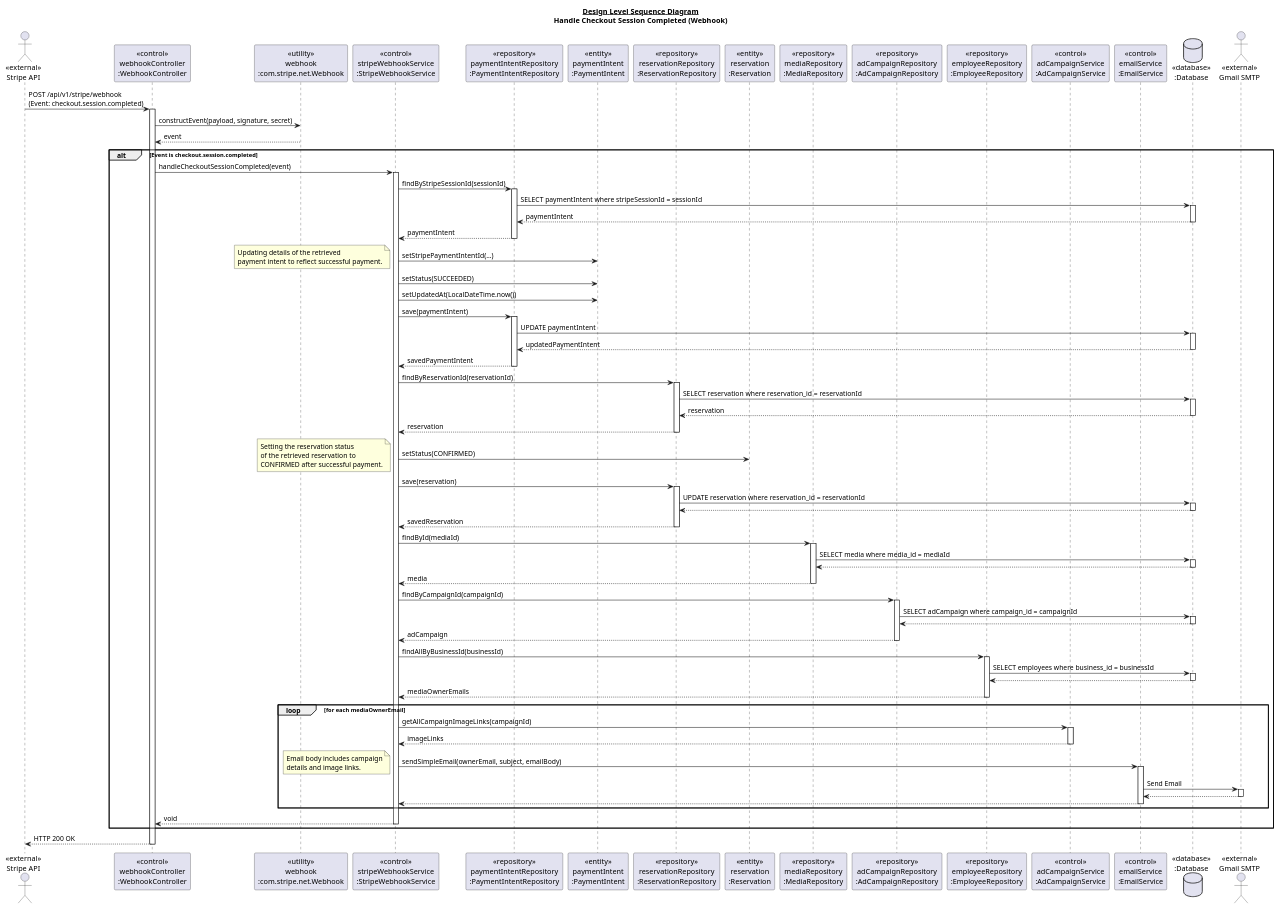
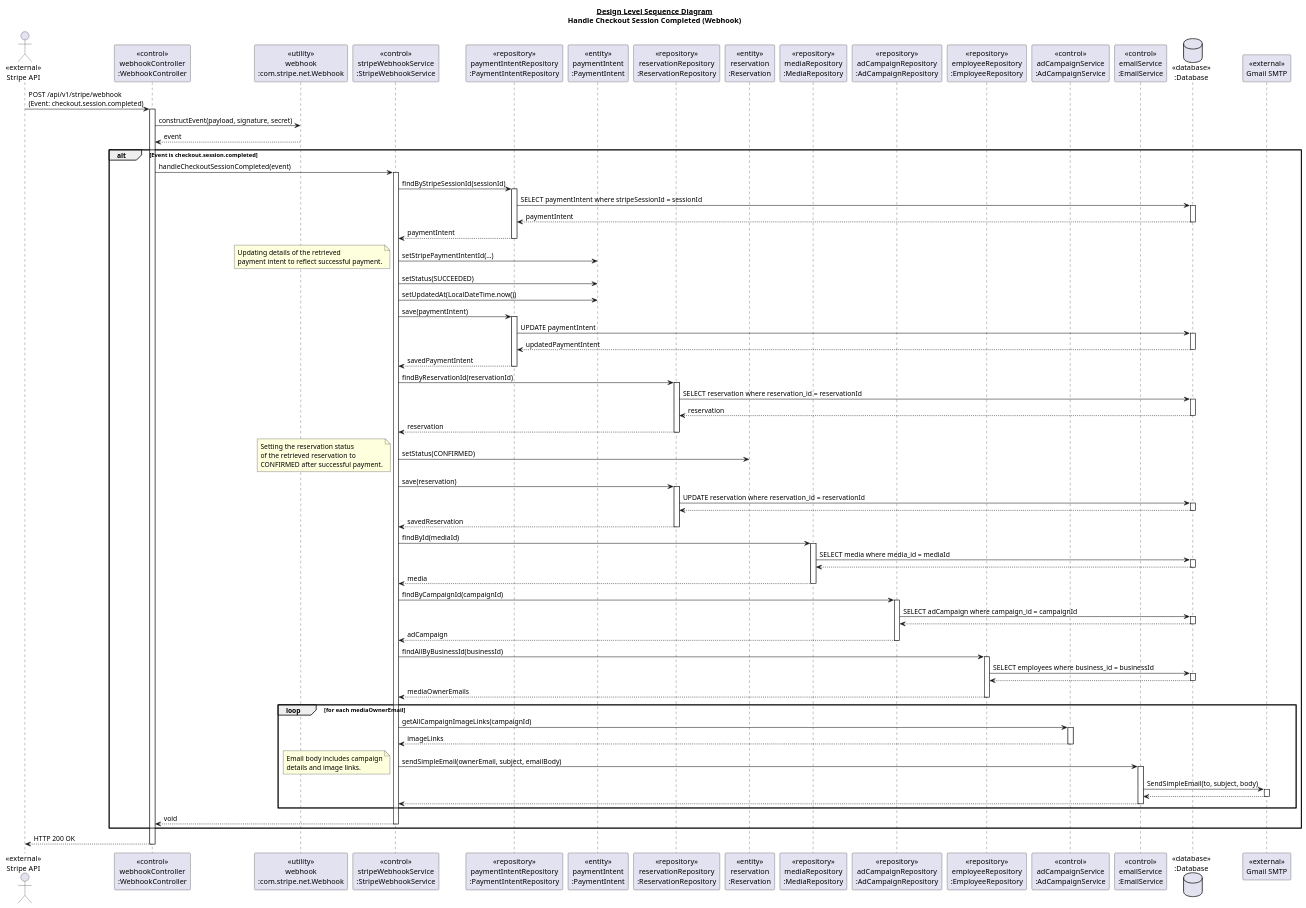
The diagram in docs/diagrams/sequence diagrams/design-level/publish-ad-campaign-DLSD-webhook.puml (anvsult/envision-ad), drawn with PlantUML before and after one commit. The commit also changed 6 other files, not shown here.

```diff
--- a/docs/diagrams/sequence diagrams/design-level/publish-ad-campaign-DLSD-webhook.puml
+++ b/docs/diagrams/sequence diagrams/design-level/publish-ad-campaign-DLSD-webhook.puml
@@ -1,160 +1,160 @@
 @startuml
 
 title <u>Design Level Sequence Diagram</u>\nHandle Checkout Session Completed (Webhook)
 
 actor "<<external>>\nStripe API" as StripeAPI
 
 participant "<<control>>\nwebhookController\n:WebhookController" as Controller
 participant "<<utility>>\nwebhook\n:com.stripe.net.Webhook" as StripeUtil
 participant "<<control>>\nstripeWebhookService\n:StripeWebhookService" as Service
 
 participant "<<repository>>\npaymentIntentRepository\n:PaymentIntentRepository" as PaymentRepo
 participant "<<entity>>\npaymentIntent\n:PaymentIntent" as Payment
 
 participant "<<repository>>\nreservationRepository\n:ReservationRepository" as ReservationRepo
 participant "<<entity>>\nreservation\n:Reservation" as Reservation
 
 participant "<<repository>>\nmediaRepository\n:MediaRepository" as MediaRepo
 participant "<<repository>>\nadCampaignRepository\n:AdCampaignRepository" as CampaignRepo
 participant "<<repository>>\nemployeeRepository\n:EmployeeRepository" as EmployeeRepo
 
 participant "<<control>>\nadCampaignService\n:AdCampaignService" as CampaignService
 participant "<<control>>\nemailService\n:EmailService" as EmailService
 
 database "<<database>>\n:Database" as DB
-actor "<<external>>\nGmail SMTP" as GmailAPI
+participant "<<external>>\nGmail SMTP" as GmailAPI
 
 
 StripeAPI -> Controller: POST /api/v1/stripe/webhook\n(Event: checkout.session.completed)
 activate Controller
 
 Controller -> StripeUtil: constructEvent(payload, signature, secret)
 StripeUtil --> Controller: event
 
 alt Event is checkout.session.completed
 
     Controller -> Service: handleCheckoutSessionCompleted(event)
     activate Service
 
     Service -> PaymentRepo: findByStripeSessionId(sessionId)
     activate PaymentRepo
     PaymentRepo -> DB: SELECT paymentIntent where stripeSessionId = sessionId
     activate DB
     DB --> PaymentRepo: paymentIntent
     deactivate DB
     PaymentRepo --> Service: paymentIntent
     deactivate PaymentRepo
 
     Service -> Payment: setStripePaymentIntentId(...)
     note left
         Updating details of the retrieved
         payment intent to reflect successful payment.
     end note
     Service -> Payment: setStatus(SUCCEEDED)
     Service -> Payment: setUpdatedAt(LocalDateTime.now())
 
 
     Service -> PaymentRepo: save(paymentIntent)
     activate PaymentRepo
     PaymentRepo -> DB: UPDATE paymentIntent
     activate DB
     DB --> PaymentRepo: updatedPaymentIntent
     deactivate DB
     PaymentRepo --> Service: savedPaymentIntent
     deactivate PaymentRepo
 
 '    Service -> Service: updateReservationStatus(reservationId, ReservationStatus.CONFIRMED)
 '    activate Service
 '    note left of Service #aqua
 '      The following sequence details the logic
 '      inside the 'updateReservationStatus' method.
 '    end note
 
 
 
 
     Service -> ReservationRepo: findByReservationId(reservationId)
     activate ReservationRepo
     ReservationRepo -> DB: SELECT reservation where reservation_id = reservationId
     activate DB
     DB --> ReservationRepo: reservation
     deactivate DB
     ReservationRepo --> Service: reservation
     deactivate ReservationRepo
 
     Service -> Reservation: setStatus(CONFIRMED)
 
     note left
       Setting the reservation status
       of the retrieved reservation to
       CONFIRMED after successful payment.
     end note
 
     Service -> ReservationRepo: save(reservation)
     activate ReservationRepo
     ReservationRepo -> DB: UPDATE reservation where reservation_id = reservationId
     activate DB
     DB --> ReservationRepo
     deactivate DB
     ReservationRepo --> Service: savedReservation
     deactivate ReservationRepo
 
     Service -> MediaRepo: findById(mediaId)
     activate MediaRepo
     MediaRepo -> DB: SELECT media where media_id = mediaId
     activate DB
     DB --> MediaRepo
     deactivate DB
     MediaRepo --> Service: media
     deactivate MediaRepo
 
     Service -> CampaignRepo: findByCampaignId(campaignId)
     activate CampaignRepo
     CampaignRepo -> DB: SELECT adCampaign where campaign_id = campaignId
     activate DB
     DB --> CampaignRepo
     deactivate DB
     CampaignRepo --> Service: adCampaign
     deactivate CampaignRepo
 
     Service -> EmployeeRepo: findAllByBusinessId(businessId)
     activate EmployeeRepo
     EmployeeRepo -> DB: SELECT employees where business_id = businessId
     activate DB
     DB --> EmployeeRepo
     deactivate DB
     EmployeeRepo --> Service: mediaOwnerEmails
     deactivate EmployeeRepo
 
     loop for each mediaOwnerEmail
 
         Service -> CampaignService: getAllCampaignImageLinks(campaignId)
         activate CampaignService
         CampaignService --> Service: imageLinks
         deactivate CampaignService
 
         Service -> EmailService: sendSimpleEmail(ownerEmail, subject, emailBody)
         note left
             Email body includes campaign
             details and image links.
         end note
         activate EmailService
-        EmailService -> GmailAPI: Send Email
+        EmailService -> GmailAPI: SendSimpleEmail(to, subject, body)
         activate GmailAPI
         GmailAPI --> EmailService
         deactivate GmailAPI
         EmailService --> Service
         deactivate EmailService
 '        deactivate Service
 
     end
 
     Service --> Controller: void
     deactivate Service
 
 end
 
 Controller --> StripeAPI: HTTP 200 OK
 deactivate Controller
 
 @enduml
```
